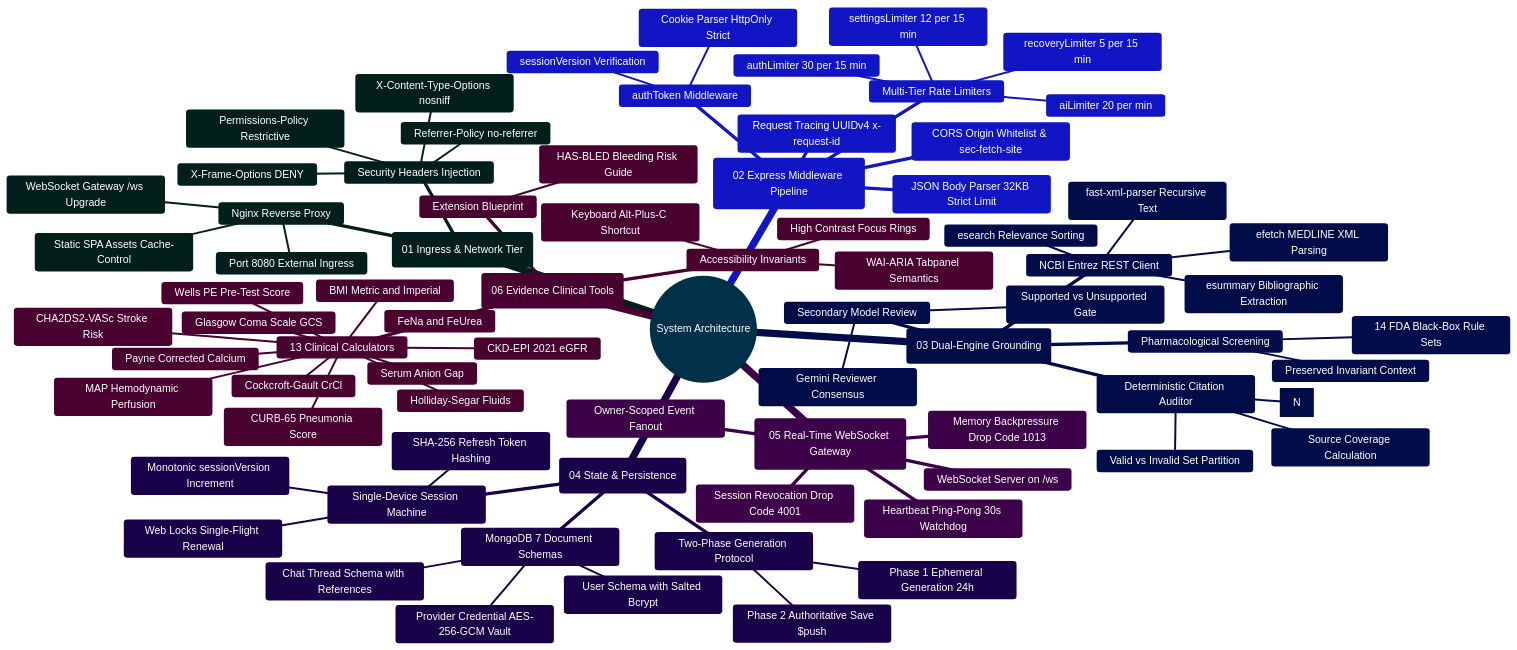
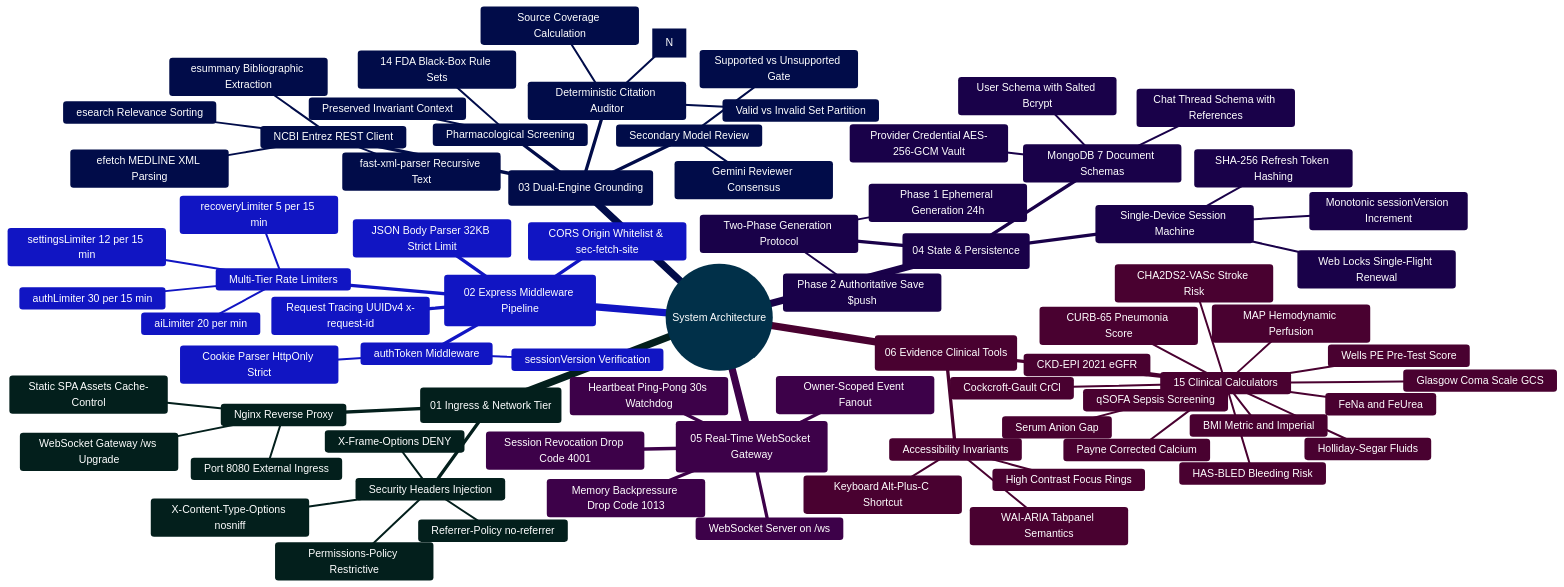
Before and after one commit to Ganesh172919/React-App-LLM: the first of 3 diagrams in docs/SYSTEM_ARCHITECTURE_DEEP_DIVE.md, drawn with Mermaid. The commit also changed other lines of this file and 46 other files, not shown here.

Commit message:
feat(clinical): add HAS-BLED, qSOFA, Warfarin-Bactrim, and Plavix-Omeprazole screening

````diff
--- a/docs/SYSTEM_ARCHITECTURE_DEEP_DIVE.md
+++ b/docs/SYSTEM_ARCHITECTURE_DEEP_DIVE.md
@@ -70,82 +70,82 @@
 ```mermaid
 %%{init: {'theme': 'base', 'themeVariables': { 'primaryColor': '#0284c7', 'primaryTextColor': '#ffffff', 'primaryBorderColor': '#0369a1', 'lineColor': '#0284c7', 'secondaryColor': '#0d9488', 'tertiaryColor': '#6366f1' }}}%%
 mindmap
   root((System Architecture))
     ::icon(fa fa-cogs)
     (01 Ingress & Network Tier)
       Nginx Reverse Proxy
         Port 8080 External Ingress
         Static SPA Assets Cache-Control
         WebSocket Gateway /ws Upgrade
       Security Headers Injection
         X-Content-Type-Options nosniff
         X-Frame-Options DENY
         Referrer-Policy no-referrer
         Permissions-Policy Restrictive
     (02 Express Middleware Pipeline)
       Request Tracing UUIDv4 x-request-id
       CORS Origin Whitelist & sec-fetch-site
       JSON Body Parser 32KB Strict Limit
       Multi-Tier Rate Limiters
         authLimiter 30 per 15 min
         recoveryLimiter 5 per 15 min
         aiLimiter 20 per min
         settingsLimiter 12 per 15 min
       authToken Middleware
         Cookie Parser HttpOnly Strict
         sessionVersion Verification
     (03 Dual-Engine Grounding)
       NCBI Entrez REST Client
         esearch Relevance Sorting
         esummary Bibliographic Extraction
         efetch MEDLINE XML Parsing
         fast-xml-parser Recursive Text
       Deterministic Citation Auditor
         Bracket Regex Extraction [N]
         Valid vs Invalid Set Partition
         Source Coverage Calculation
       Secondary Model Review
         Gemini Reviewer Consensus
         Supported vs Unsupported Gate
       Pharmacological Screening
         14 FDA Black-Box Rule Sets
         Preserved Invariant Context
     (04 State & Persistence)
       Two-Phase Generation Protocol
         Phase 1 Ephemeral Generation 24h
         Phase 2 Authoritative Save $push
       Single-Device Session Machine
         Monotonic sessionVersion Increment
         SHA-256 Refresh Token Hashing
         Web Locks Single-Flight Renewal
       MongoDB 7 Document Schemas
         User Schema with Salted Bcrypt
         Chat Thread Schema with References
         Provider Credential AES-256-GCM Vault
     (05 Real-Time WebSocket Gateway)
       WebSocket Server on /ws
       Heartbeat Ping-Pong 30s Watchdog
       Session Revocation Drop Code 4001
       Memory Backpressure Drop Code 1013
       Owner-Scoped Event Fanout
     (06 Evidence Clinical Tools)
-      13 Clinical Calculators
+      15 Clinical Calculators
         BMI Metric and Imperial
         CKD-EPI 2021 eGFR
         CHA2DS2-VASc Stroke Risk
         MAP Hemodynamic Perfusion
         Cockcroft-Gault CrCl
         Payne Corrected Calcium
         Serum Anion Gap
         FeNa and FeUrea
         Holliday-Segar Fluids
         Wells PE Pre-Test Score
         CURB-65 Pneumonia Score
         Glasgow Coma Scale GCS
-      Extension Blueprint
-        HAS-BLED Bleeding Risk Guide
+        HAS-BLED Bleeding Risk
+        qSOFA Sepsis Screening
       Accessibility Invariants
         WAI-ARIA Tabpanel Semantics
         Keyboard Alt-Plus-C Shortcut
         High Contrast Focus Rings
 ```
````
